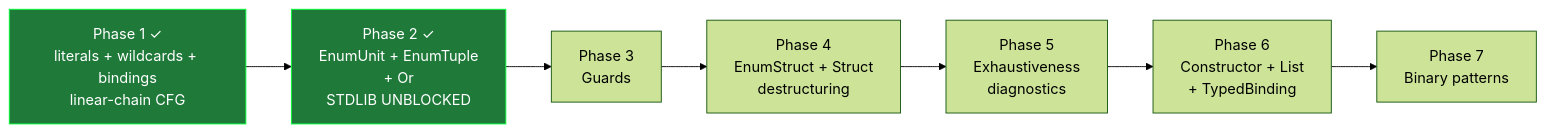
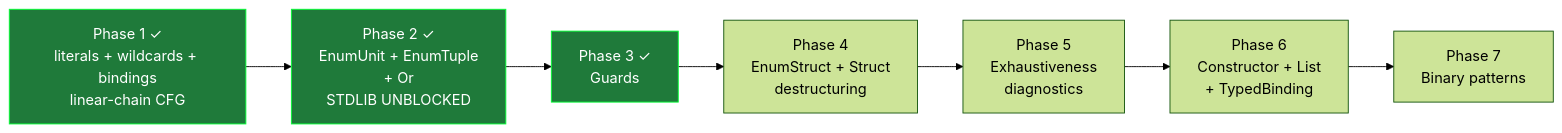
Before and after one commit to koja-lang/koja: the diagram in design/ALPHA-MATCH-PLAN.md, drawn with Mermaid (forest theme). The commit also changed other lines of this file and 9 other files, not shown here.

````diff
--- a/design/ALPHA-MATCH-PLAN.md
+++ b/design/ALPHA-MATCH-PLAN.md
@@ -257,11 +273,12 @@
 ```mermaid
 graph LR
     p1[Phase 1 ✓<br/>literals + wildcards + bindings<br/>linear-chain CFG] --> p2[Phase 2 ✓<br/>EnumUnit + EnumTuple<br/>+ Or<br/>STDLIB UNBLOCKED]
-    p2 --> p3[Phase 3<br/>Guards]
+    p2 --> p3[Phase 3 ✓<br/>Guards]
     p3 --> p4[Phase 4<br/>EnumStruct + Struct<br/>destructuring]
     p4 --> p5[Phase 5<br/>Exhaustiveness<br/>diagnostics]
     p5 --> p6[Phase 6<br/>Constructor + List<br/>+ TypedBinding]
     p6 --> p7[Phase 7<br/>Binary patterns]
     style p1 fill:#1f7a3a,stroke:#0f3,color:#fff
     style p2 fill:#1f7a3a,stroke:#0f3,color:#fff
+    style p3 fill:#1f7a3a,stroke:#0f3,color:#fff
 ```
````
